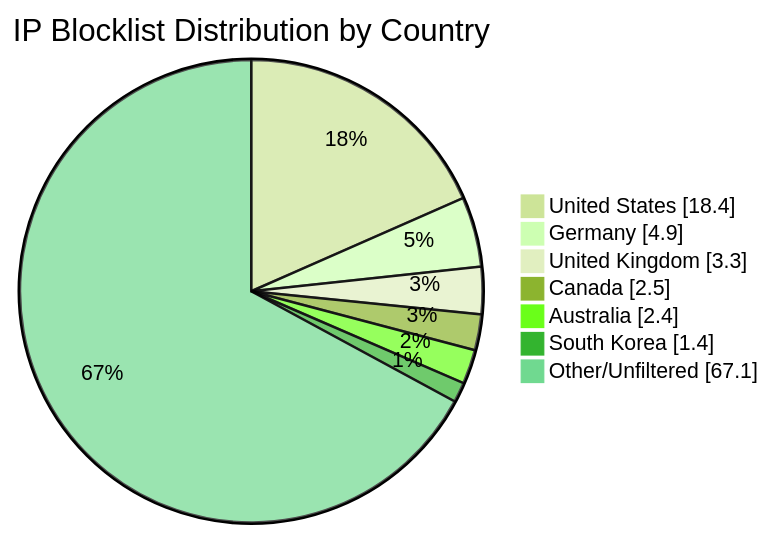
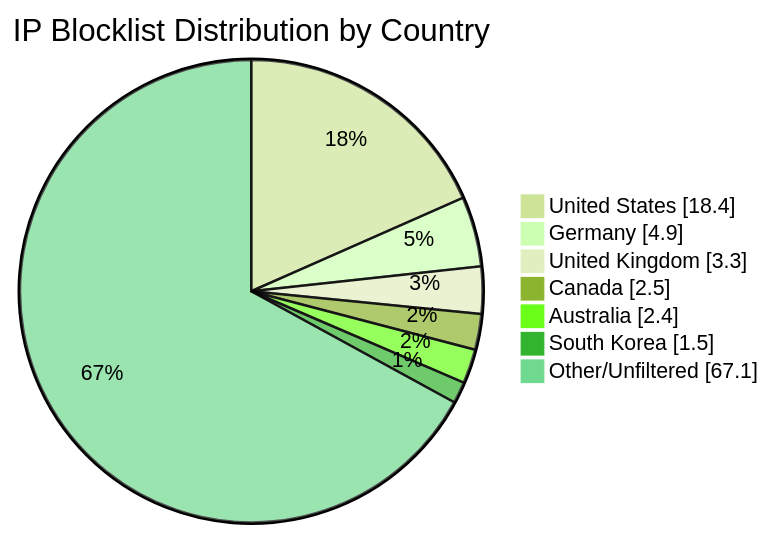
One commit to MarcusHoltz/ipblocklist-geofiltered-aggregator changed the diagram in README.md. Above: the diagram before and after it, drawn with Mermaid (forest theme). The commit also changed other lines of this file and 9 other files, not shown here.

````diff
--- a/README.md
+++ b/README.md
@@ -34,10 +34,10 @@
 ```mermaid
 pie showData title IP Blocklist Distribution by Country
 "United States" : 18.4
 "Germany" : 4.9
 "United Kingdom" : 3.3
 "Canada" : 2.5
 "Australia" : 2.4
-"South Korea" : 1.4
+"South Korea" : 1.5
 "Other/Unfiltered" : 67.1
 ```
````
